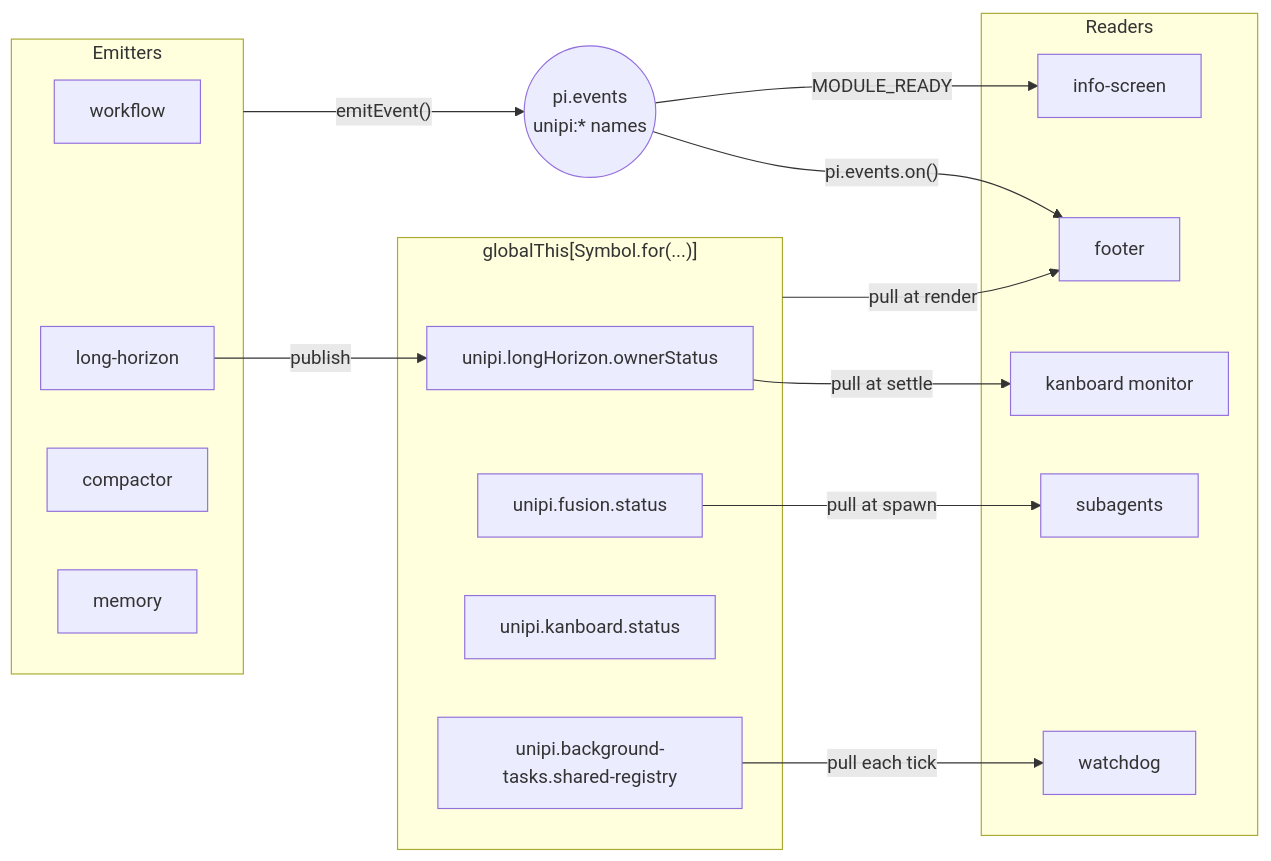
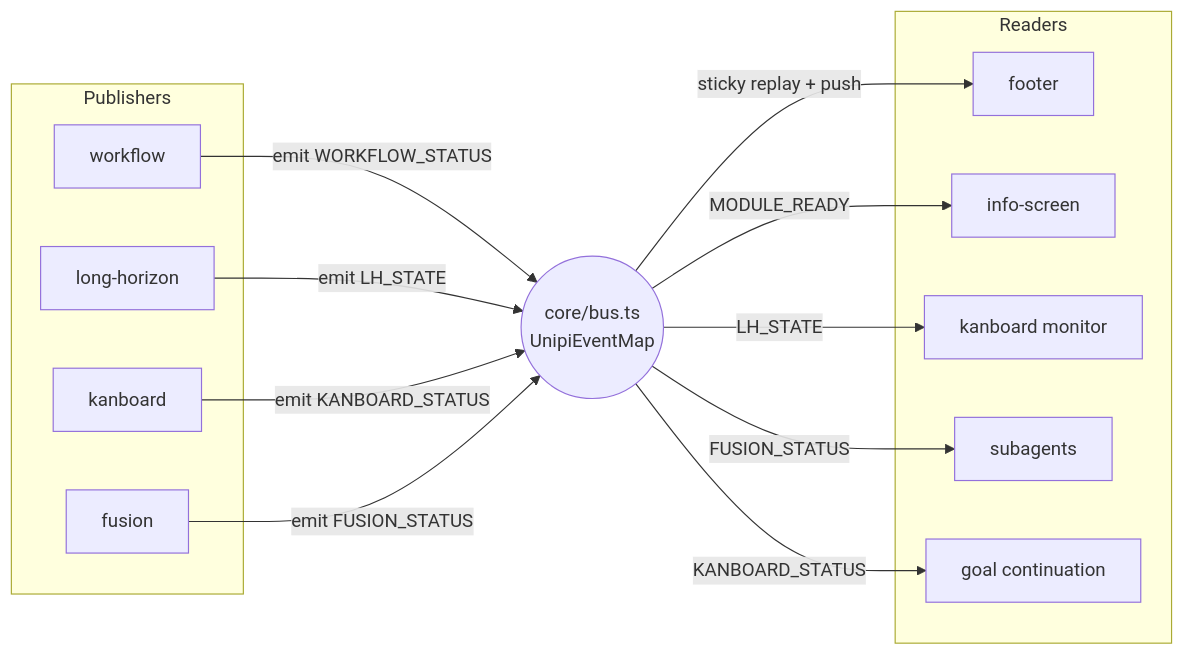
The diagram in docs/architecture/event-bus.md (Neuron-Mr-White/UniPi), drawn with Mermaid before and after one commit. The commit also changed other lines of this file and 4 other files, not shown here.

Commit message:
docs: event bus architecture — core/bus.ts replaces emitEvent and shared holders

````diff
--- a/docs/architecture/event-bus.md
+++ b/docs/architecture/event-bus.md
@@ -14,31 +16,26 @@
 ```mermaid
 flowchart LR
-  subgraph emitters["Emitters"]
+  subgraph publishers["Publishers"]
     wf["workflow"]
     lh["long-horizon"]
-    cmp["compactor"]
-    mem["memory"]
+    kb["kanboard"]
+    fus["fusion"]
   end
-  bus(("pi.events<br/>unipi:* names"))
-  subgraph holders["globalThis[Symbol.for(...)]"]
-    own["unipi.longHorizon.ownerStatus"]
-    fus["unipi.fusion.status"]
-    kbs["unipi.kanboard.status"]
-    reg["unipi.background-tasks.shared-registry"]
-  end
+  bus(("core/bus.ts<br/>UnipiEventMap"))
   subgraph readers["Readers"]
     foot["footer"]
     info["info-screen"]
-    kb["kanboard monitor"]
+    mon["kanboard monitor"]
     sub["subagents"]
-    wd["watchdog"]
+    cont["goal continuation"]
   end
-  emitters -- "emitEvent()" --> bus
-  bus -- "pi.events.on()" --> foot
+  wf -- "emit WORKFLOW_STATUS" --> bus
+  lh -- "emit LH_STATE" --> bus
+  kb -- "emit KANBOARD_STATUS" --> bus
+  fus -- "emit FUSION_STATUS" --> bus
+  bus -- "sticky replay + push" --> foot
+  bus -- "LH_STATE" --> mon
+  bus -- "FUSION_STATUS" --> sub
+  bus -- "KANBOARD_STATUS" --> cont
   bus -- "MODULE_READY" --> info
-  lh -- "publish" --> own
-  own -- "pull at settle" --> kb
-  fus -- "pull at spawn" --> sub
-  reg -- "pull each tick" --> wd
-  holders -- "pull at render" --> foot
 ```
````
